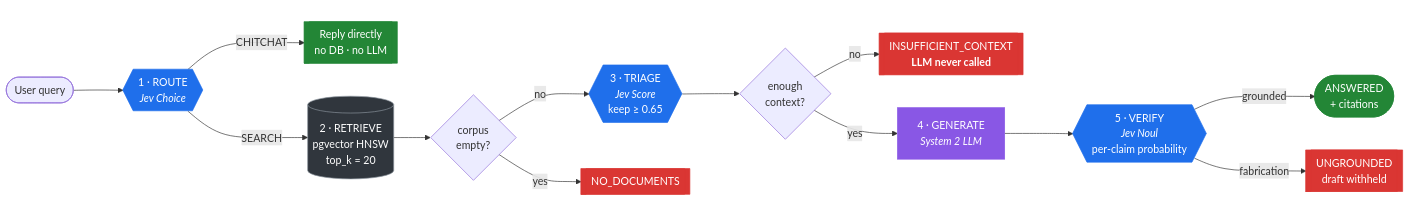
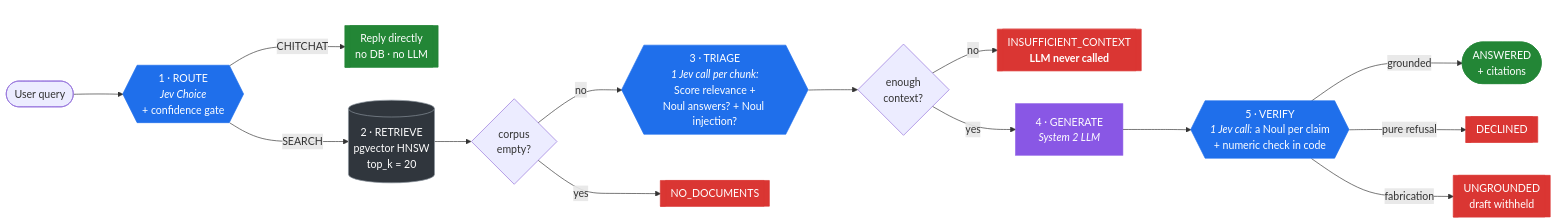
The diagram in README.md (david96182/cribrix), drawn with Mermaid before and after one commit. The commit also changed other lines of this file and 1 other file, not shown here.

````diff
--- a/README.md
+++ b/README.md
@@ -34,46 +34,47 @@
 ```mermaid
 flowchart LR
     Q([User query]) --> R
 
     subgraph S1A[" "]
-        R{{"1 · ROUTE<br/><i>Jev Choice</i>"}}
+        R{{"1 · ROUTE<br/><i>Jev Choice</i><br/>+ confidence gate"}}
     end
 
     R -->|CHITCHAT| CH[["Reply directly<br/>no DB · no LLM"]]
     R -->|SEARCH| RET[("2 · RETRIEVE<br/>pgvector HNSW<br/>top_k = 20")]
 
     RET --> EMPTY{corpus<br/>empty?}
     EMPTY -->|yes| NODOC[["NO_DOCUMENTS"]]
     EMPTY -->|no| TRI
 
     subgraph S1B[" "]
-        TRI{{"3 · TRIAGE<br/><i>Jev Score</i><br/>keep ≥ 0.65"}}
+        TRI{{"3 · TRIAGE<br/><i>1 Jev call per chunk:</i><br/>Score relevance +<br/>Noul answers? + Noul injection?"}}
     end
 
     TRI --> ENOUGH{enough<br/>context?}
     ENOUGH -->|no| INSUF[["INSUFFICIENT_CONTEXT<br/><b>LLM never called</b>"]]
     ENOUGH -->|yes| GEN["4 · GENERATE<br/><i>System 2 LLM</i>"]
 
     subgraph S1C[" "]
-        VER{{"5 · VERIFY<br/><i>Jev Noul</i><br/>per-claim probability"}}
+        VER{{"5 · VERIFY<br/><i>1 Jev call:</i> a Noul per claim<br/>+ numeric check in code"}}
     end
 
     GEN --> VER
     VER -->|grounded| OK(["ANSWERED<br/>+ citations"])
+    VER -->|pure refusal| DEC[["DECLINED"]]
     VER -->|fabrication| UNG[["UNGROUNDED<br/>draft withheld"]]
 
     classDef sys1 fill:#1f6feb,stroke:#1f6feb,color:#fff
     classDef sys2 fill:#8957e5,stroke:#8957e5,color:#fff
     classDef good fill:#238636,stroke:#238636,color:#fff
     classDef stop fill:#da3633,stroke:#da3633,color:#fff
     classDef data fill:#30363d,stroke:#8b949e,color:#fff
 
     class R,TRI,VER sys1
     class GEN sys2
     class OK,CH good
-    class INSUF,UNG,NODOC stop
+    class INSUF,UNG,NODOC,DEC stop
     class RET data
     style S1A fill:none,stroke:none
     style S1B fill:none,stroke:none
     style S1C fill:none,stroke:none
 ```
````
